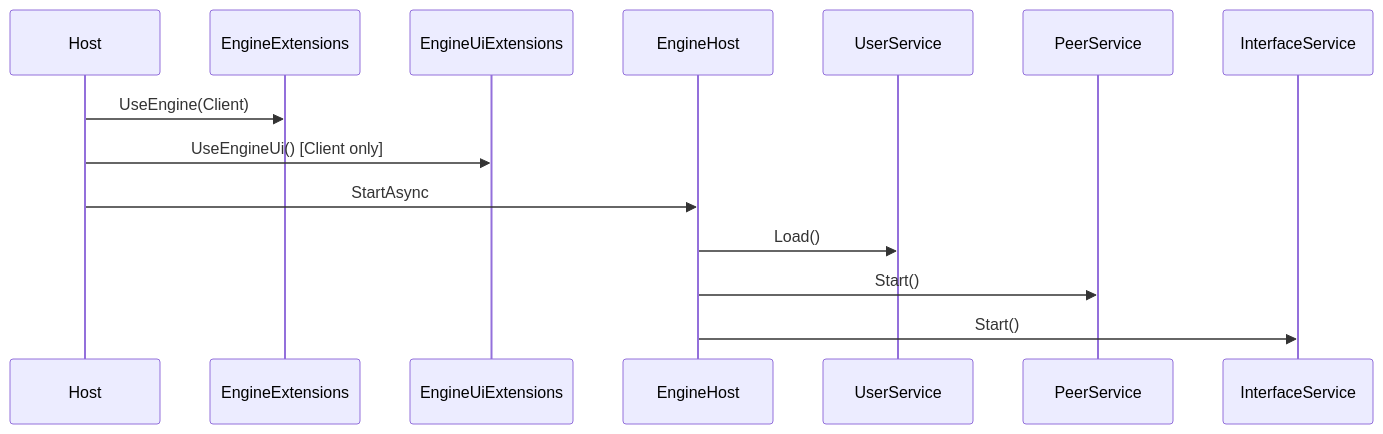
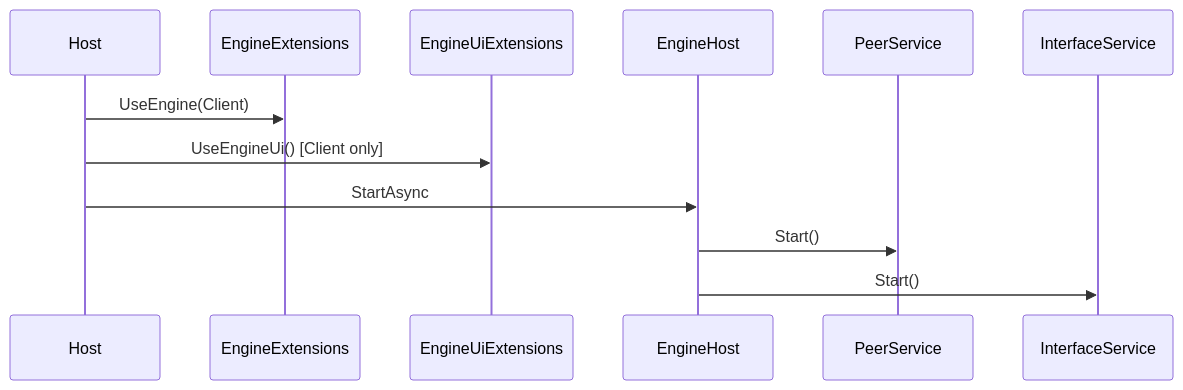
The fifth of 5 diagrams in Docs/Architecture.md (Blue-Heighliner/Comlink), drawn with Mermaid before and after one commit. The commit also changed other lines of this file and 85 other files, not shown here.

````diff
--- a/Docs/Architecture.md
+++ b/Docs/Architecture.md
@@ -140,16 +140,14 @@
 ```mermaid
 sequenceDiagram
     participant H as Host
     participant EE as EngineExtensions
     participant EA as EngineUiExtensions
     participant EH as EngineHost
-    participant SS as UserService
     participant PS as PeerService
     participant IS as InterfaceService
     H->>EE: UseEngine(Client)
     H->>EA: UseEngineUi() [Client only]
     H->>EH: StartAsync
-    EH->>SS: Load()
     EH->>PS: Start()
     EH->>IS: Start()
 ```
````
